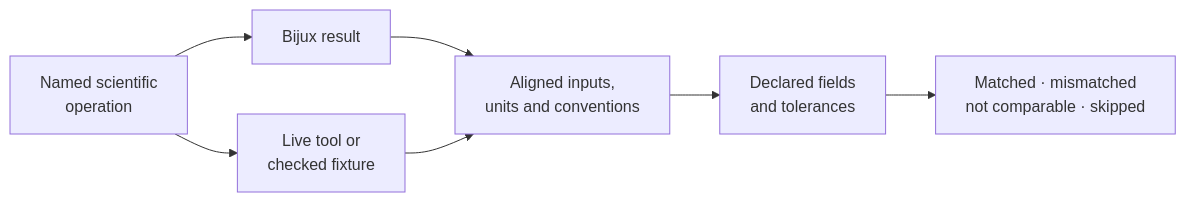
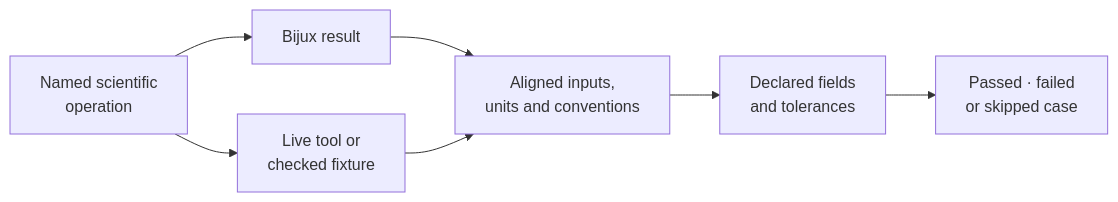
The diagram in docs/04-bijux-phylogenetics-parities/index.md (bijux/bijux-phylogenetics), drawn with Mermaid before and after one commit. The commit also changed other lines of this file and 4 other files, not shown here.

````diff
--- a/docs/04-bijux-phylogenetics-parities/index.md
+++ b/docs/04-bijux-phylogenetics-parities/index.md
@@ -18,15 +18,15 @@
 ```mermaid
 flowchart LR
     question["Named scientific<br/>operation"]
     bijux["Bijux result"]
     reference["Live tool or<br/>checked fixture"]
     normalize["Aligned inputs,<br/>units and conventions"]
     compare["Declared fields<br/>and tolerances"]
-    verdict["Matched · mismatched<br/>not comparable · skipped"]
+    outcome["Passed · failed<br/>or skipped case"]
 
     question --> bijux
     question --> reference
     bijux --> normalize
     reference --> normalize
-    normalize --> compare --> verdict
+    normalize --> compare --> outcome
 ```
````
